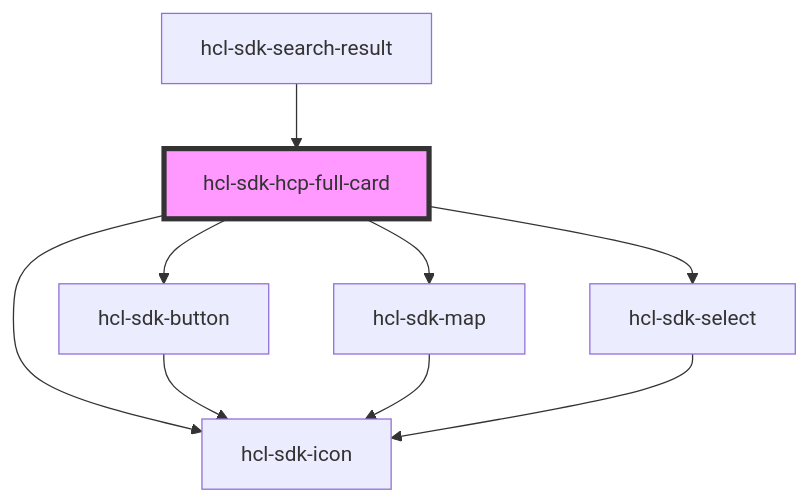
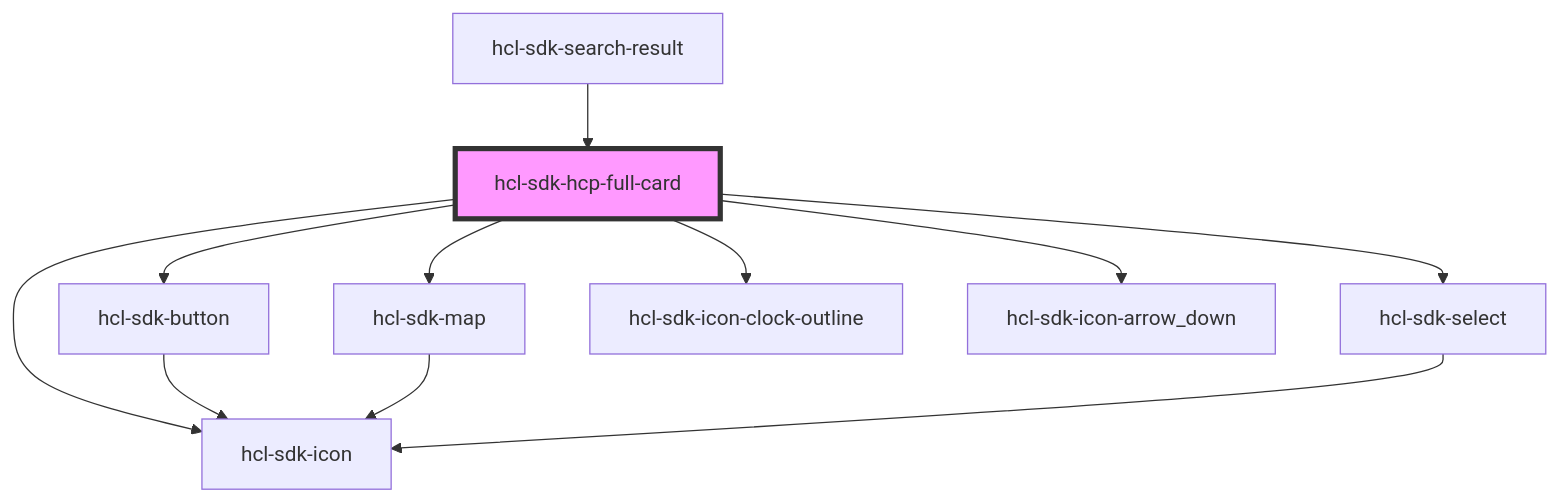
Before and after one commit to hcl-sdk/HealthCareLocatorWebSDK: the diagram in packages/hcl-sdk-web-ui/docs/components/ui-kits/hcl-sdk-hcp-full-card/readme.md, drawn with Mermaid. The commit also changed other lines of this file and 7 other files, not shown here.

````diff
--- a/packages/hcl-sdk-web-ui/docs/components/ui-kits/hcl-sdk-hcp-full-card/readme.md
+++ b/packages/hcl-sdk-web-ui/docs/components/ui-kits/hcl-sdk-hcp-full-card/readme.md
@@ -29,12 +31,14 @@
 ```mermaid
 graph TD;
   hcl-sdk-hcp-full-card --> hcl-sdk-button
   hcl-sdk-hcp-full-card --> hcl-sdk-icon
   hcl-sdk-hcp-full-card --> hcl-sdk-map
   hcl-sdk-hcp-full-card --> hcl-sdk-select
+  hcl-sdk-hcp-full-card --> hcl-sdk-icon-clock-outline
+  hcl-sdk-hcp-full-card --> hcl-sdk-icon-arrow_down
   hcl-sdk-button --> hcl-sdk-icon
   hcl-sdk-map --> hcl-sdk-icon
   hcl-sdk-select --> hcl-sdk-icon
   hcl-sdk-search-result --> hcl-sdk-hcp-full-card
   style hcl-sdk-hcp-full-card fill:#f9f,stroke:#333,stroke-width:4px
 ```
````
